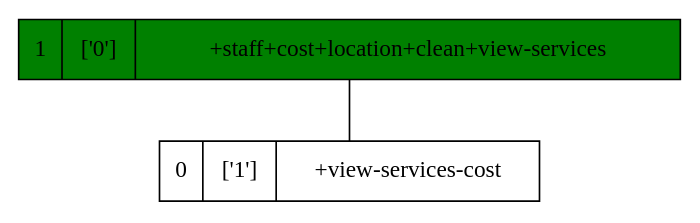
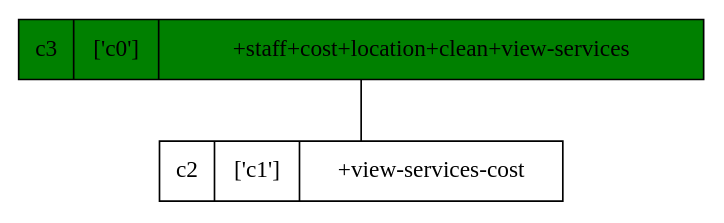
Before and after one commit to nicorotstein/juan_alberto: the diagram in data/final_graph.dot, drawn with Graphviz. The commit also changed 7 other files, not shown here.

First line of the commit message:
gexf output contains several graphs

```diff
--- a/data/final_graph.dot
+++ b/data/final_graph.dot
@@ -1,5 +1,5 @@
 strict digraph G {
-1 [shape=record, label="1 | ['0'] | +staff+cost+location+clean+view-services", style=filled, fillcolor=green];
-0 [shape=record, label="0 | ['1'] | +view-services-cost"];
-1 -> 0  [dir=none];
+c3 [shape=record, label="c3 | ['c0'] | +staff+cost+location+clean+view-services", style=filled, fillcolor=green];
+c2 [shape=record, label="c2 | ['c1'] | +view-services-cost"];
+c3 -> c2  [dir=none];
 }
```
